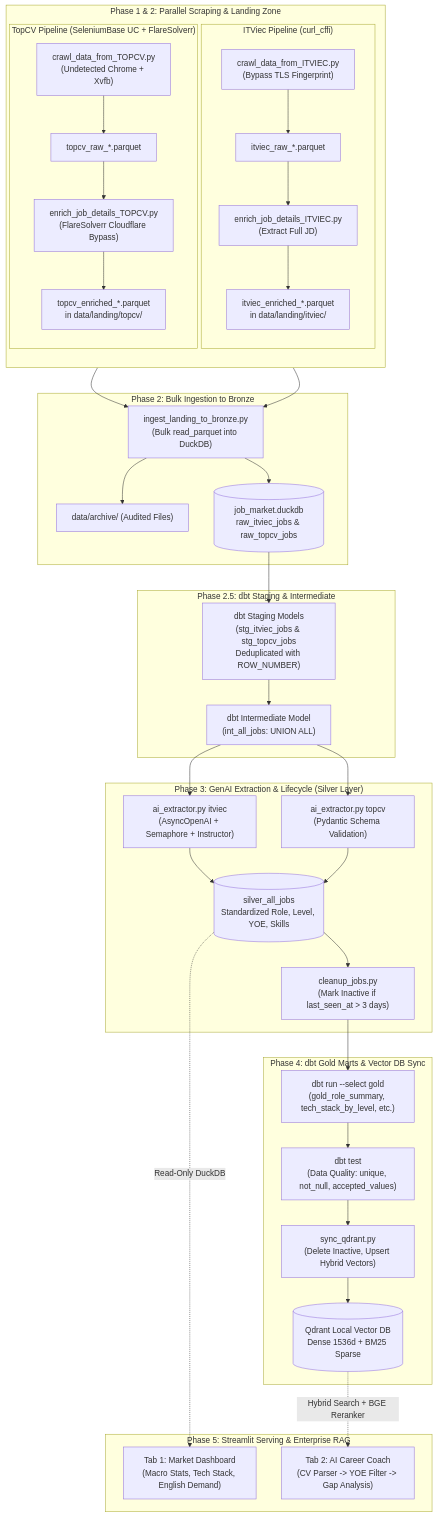
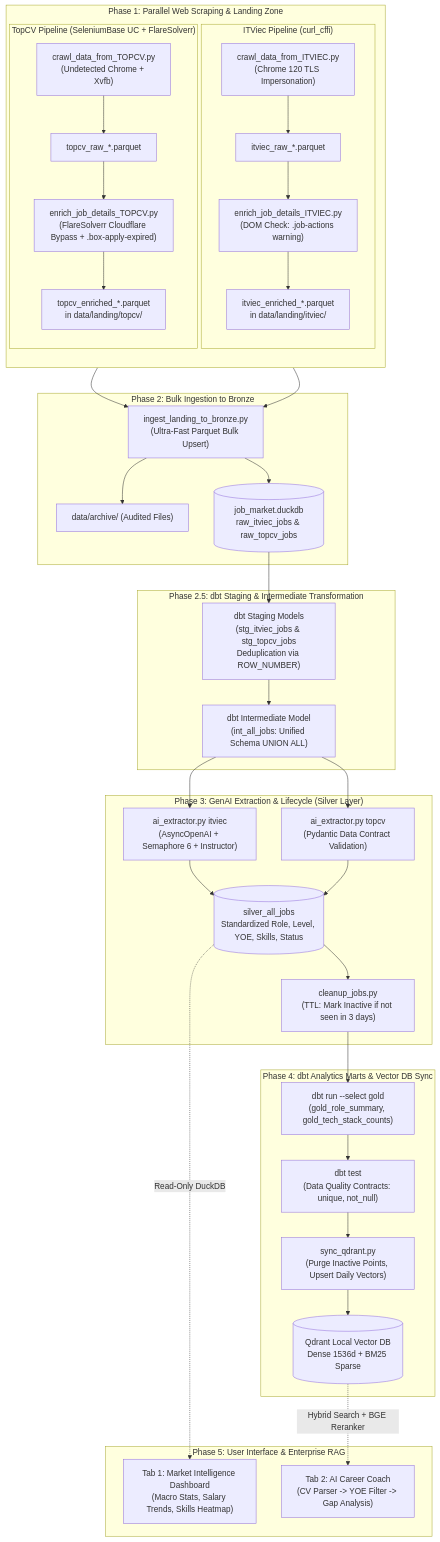
One commit to thevinhnguyen1510/Job-Market-Tracker changed the diagram in README.md. Above: the diagram before and after it, drawn with Mermaid. The commit also changed other lines of this file and 18 other files, not shown here.

First line of the commit message:
feat: Enhance job retrieval and management in the job market pipeline

````diff
--- a/README.md
+++ b/README.md
@@ -22,53 +35,53 @@
 ```mermaid
 flowchart TD
-    %% SUBGRAPH 1: INGESTION & SCRAPING
-    subgraph PHASE1["Phase 1 & 2: Parallel Scraping & Landing Zone"]
+    %% PHASE 1: CRAWL & ENRICH
+    subgraph PHASE1["Phase 1: Parallel Web Scraping & Landing Zone"]
         direction TB
         subgraph BRANCH_ITVIEC["ITViec Pipeline (curl_cffi)"]
-            A1["crawl_data_from_ITVIEC.py<br/>(Bypass TLS Fingerprint)"] --> A2["itviec_raw_*.parquet"]
-            A2 --> A3["enrich_job_details_ITVIEC.py<br/>(Extract Full JD)"]
+            A1["crawl_data_from_ITVIEC.py<br/>(Chrome 120 TLS Impersonation)"] --> A2["itviec_raw_*.parquet"]
+            A2 --> A3["enrich_job_details_ITVIEC.py<br/>(DOM Check: .job-actions warning)"]
             A3 --> A4["itviec_enriched_*.parquet<br/>in data/landing/itviec/"]
         end
 
         subgraph BRANCH_TOPCV["TopCV Pipeline (SeleniumBase UC + FlareSolverr)"]
             B1["crawl_data_from_TOPCV.py<br/>(Undetected Chrome + Xvfb)"] --> B2["topcv_raw_*.parquet"]
-            B2 --> B3["enrich_job_details_TOPCV.py<br/>(FlareSolverr Cloudflare Bypass)"]
+            B2 --> B3["enrich_job_details_TOPCV.py<br/>(FlareSolverr Cloudflare Bypass + .box-apply-expired)"]
             B3 --> B4["topcv_enriched_*.parquet<br/>in data/landing/topcv/"]
         end
     end
 
-    %% SUBGRAPH 2: INGESTION TO BRONZE
+    %% PHASE 2: BRONZE
     subgraph PHASE2["Phase 2: Bulk Ingestion to Bronze"]
-        A4 & B4 --> INGEST["ingest_landing_to_bronze.py<br/>(Bulk read_parquet into DuckDB)"]
+        A4 & B4 --> INGEST["ingest_landing_to_bronze.py<br/>(Ultra-Fast Parquet Bulk Upsert)"]
         INGEST --> ARCHIVE["data/archive/ (Audited Files)"]
         INGEST --> BRONZE[("job_market.duckdb<br/>raw_itviec_jobs & raw_topcv_jobs")]
     end
 
-    %% SUBGRAPH 3: DBT TRANSFORMATION
-    subgraph PHASE3["Phase 2.5: dbt Staging & Intermediate"]
-        BRONZE --> STG["dbt Staging Models<br/>(stg_itviec_jobs & stg_topcv_jobs<br/>Deduplicated with ROW_NUMBER)"]
-        STG --> INT["dbt Intermediate Model<br/>(int_all_jobs: UNION ALL)"]
+    %% PHASE 3: DBT STAGING & INTERMEDIATE
+    subgraph PHASE3["Phase 2.5: dbt Staging & Intermediate Transformation"]
+        BRONZE --> STG["dbt Staging Models<br/>(stg_itviec_jobs & stg_topcv_jobs<br/>Deduplication via ROW_NUMBER)"]
+        STG --> INT["dbt Intermediate Model<br/>(int_all_jobs: Unified Schema UNION ALL)"]
     end
 
-    %% SUBGRAPH 4: SILVER AI LAYER
+    %% PHASE 4: SILVER AI & CLEANUP
     subgraph PHASE4["Phase 3: GenAI Extraction & Lifecycle (Silver Layer)"]
-        INT --> AI_ITV["ai_extractor.py itviec<br/>(AsyncOpenAI + Semaphore + Instructor)"]
-        INT --> AI_TOP["ai_extractor.py topcv<br/>(Pydantic Schema Validation)"]
-        AI_ITV & AI_TOP --> SILVER[("silver_all_jobs<br/>Standardized Role, Level, YOE, Skills")]
-        SILVER --> CLEAN["cleanup_jobs.py<br/>(Mark Inactive if last_seen_at > 3 days)"]
+        INT --> AI_ITV["ai_extractor.py itviec<br/>(AsyncOpenAI + Semaphore 6 + Instructor)"]
+        INT --> AI_TOP["ai_extractor.py topcv<br/>(Pydantic Data Contract Validation)"]
+        AI_ITV & AI_TOP --> SILVER[("silver_all_jobs<br/>Standardized Role, Level, YOE, Skills, Status")]
+        SILVER --> CLEAN["cleanup_jobs.py<br/>(TTL: Mark Inactive if not seen in 3 days)"]
     end
 
-    %% SUBGRAPH 5: GOLD & VECTOR SYNC
-    subgraph PHASE5["Phase 4: dbt Gold Marts & Vector DB Sync"]
-        CLEAN --> DBT_GOLD["dbt run --select gold<br/>(gold_role_summary, tech_stack_by_level, etc.)"]
-        DBT_GOLD --> DBT_TEST["dbt test<br/>(Data Quality: unique, not_null, accepted_values)"]
-        DBT_TEST --> SYNC_QDRANT["sync_qdrant.py<br/>(Delete Inactive, Upsert Hybrid Vectors)"]
+    %% PHASE 5: GOLD & VECTOR SYNC
+    subgraph PHASE5["Phase 4: dbt Analytics Marts & Vector DB Sync"]
+        CLEAN --> DBT_GOLD["dbt run --select gold<br/>(gold_role_summary, gold_tech_stack_counts)"]
+        DBT_GOLD --> DBT_TEST["dbt test<br/>(Data Quality Contracts: unique, not_null)"]
+        DBT_TEST --> SYNC_QDRANT["sync_qdrant.py<br/>(Purge Inactive Points, Upsert Daily Vectors)"]
         SYNC_QDRANT --> QDRANT[("Qdrant Local Vector DB<br/>Dense 1536d + BM25 Sparse")]
     end
 
-    %% SUBGRAPH 6: SERVING LAYER
-    subgraph PHASE6["Phase 5: Streamlit Serving & Enterprise RAG"]
-        SILVER -.->|Read-Only DuckDB| APP_DASH["Tab 1: Market Dashboard<br/>(Macro Stats, Tech Stack, English Demand)"]
+    %% PHASE 6: SERVING
+    subgraph PHASE6["Phase 5: User Interface & Enterprise RAG"]
+        SILVER -.->|Read-Only DuckDB| APP_DASH["Tab 1: Market Intelligence Dashboard<br/>(Macro Stats, Salary Trends, Skills Heatmap)"]
         QDRANT -.->|Hybrid Search + BGE Reranker| APP_RAG["Tab 2: AI Career Coach<br/>(CV Parser -> YOE Filter -> Gap Analysis)"]
     end
 ```
````
